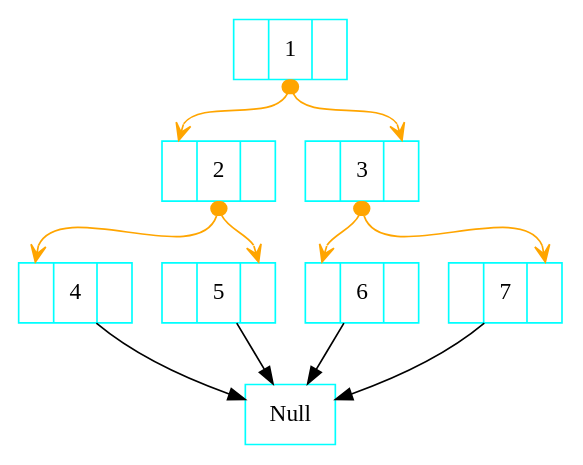
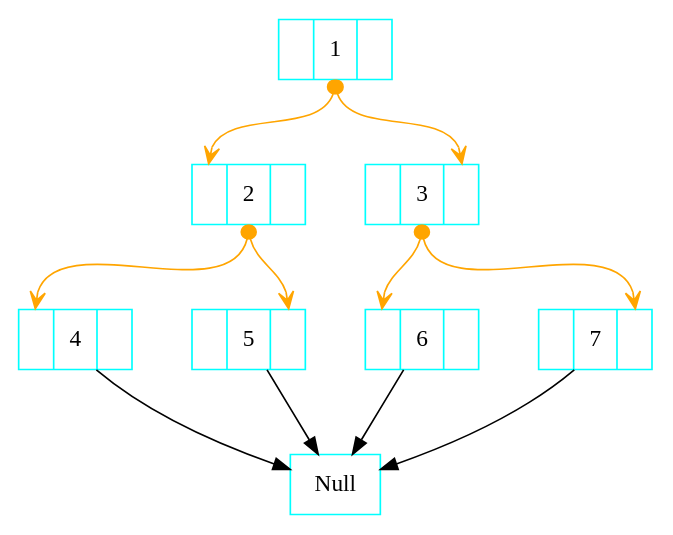
One commit to rogue-119/4883-SoftwareTools-Chirumamilla changed the diagram in Assignments/A04/bst.dot. Above: the diagram before and after it, drawn with Graphviz. The commit also changed other lines of this file, not shown here.

```diff
--- a/Assignments/A04/bst.dot
+++ b/Assignments/A04/bst.dot
@@ -1,28 +1,34 @@
 digraph linkedlist {
     //rankdir=LR;
+    
     node [shape=record color=cyan]
+    
+     nodesep=0.5; 
+     ranksep=0.7;
     
     // Define the nodes
     A [label="<left>|<data> 1| <right>"];
     B [label="<left>|<data> 2| <right>"];
     C [label="<left>|<data> 3| <right>"];
     D [label="<left>|<data> 4| <right>"];
     E [label="<left>|<data> 5| <right>"];
     F [label="<left>|<data> 6| <right>"];
     G [label="<left>|<data> 7| <right>"];
     
     
     // Define the edges
     A:data -> B:left [arrowhead=vee, arrowtail=dot, color=orange, dir=both, tailclip=false];
     A:data -> C:right [arrowhead=vee, arrowtail=dot, color=orange, dir=both, tailclip=false];
     B:data -> D:left [arrowhead=vee, arrowtail=dot, color=orange, dir=both, tailclip=false];
     B:data-> E:right [arrowhead=vee, arrowtail=dot, color=orange, dir=both, tailclip=false];
     C:data -> F:left [arrowhead=vee, arrowtail=dot, color=orange, dir=both, tailclip=false];
     C:data -> G:right [arrowhead=vee, arrowtail=dot, color=orange, dir=both, tailclip=false];
     
     D:DATA -> Null 
     E:DATA -> Null 
     F:DATA -> Null
     G:DATA -> Null
-      
+    
+    
+  
 }
```
